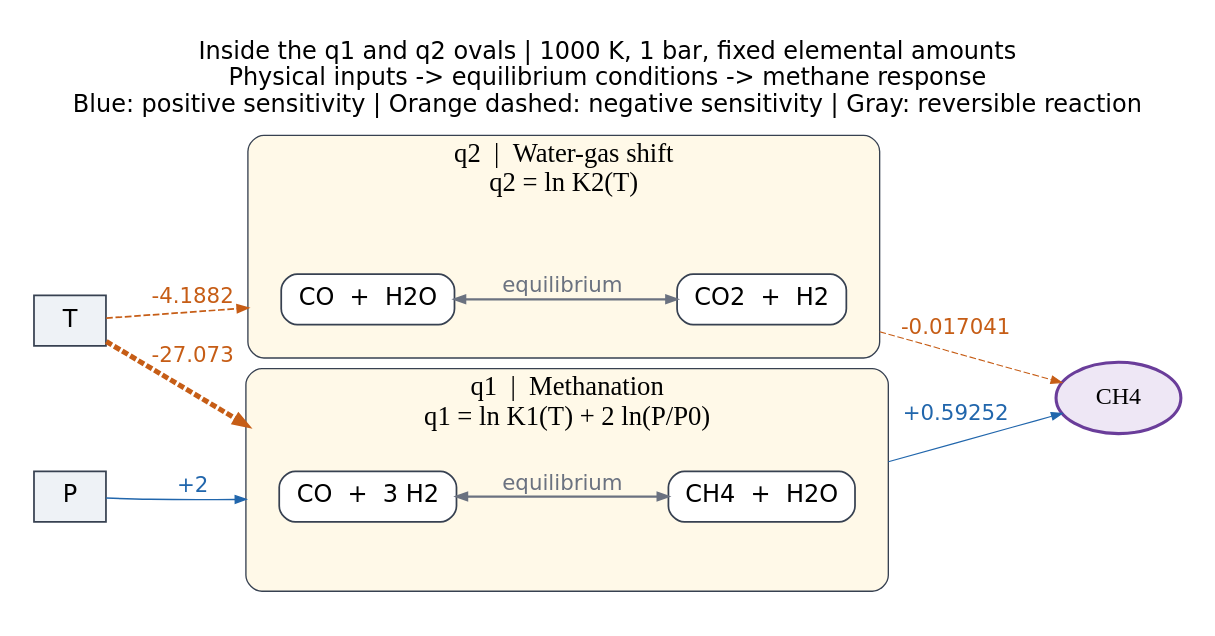
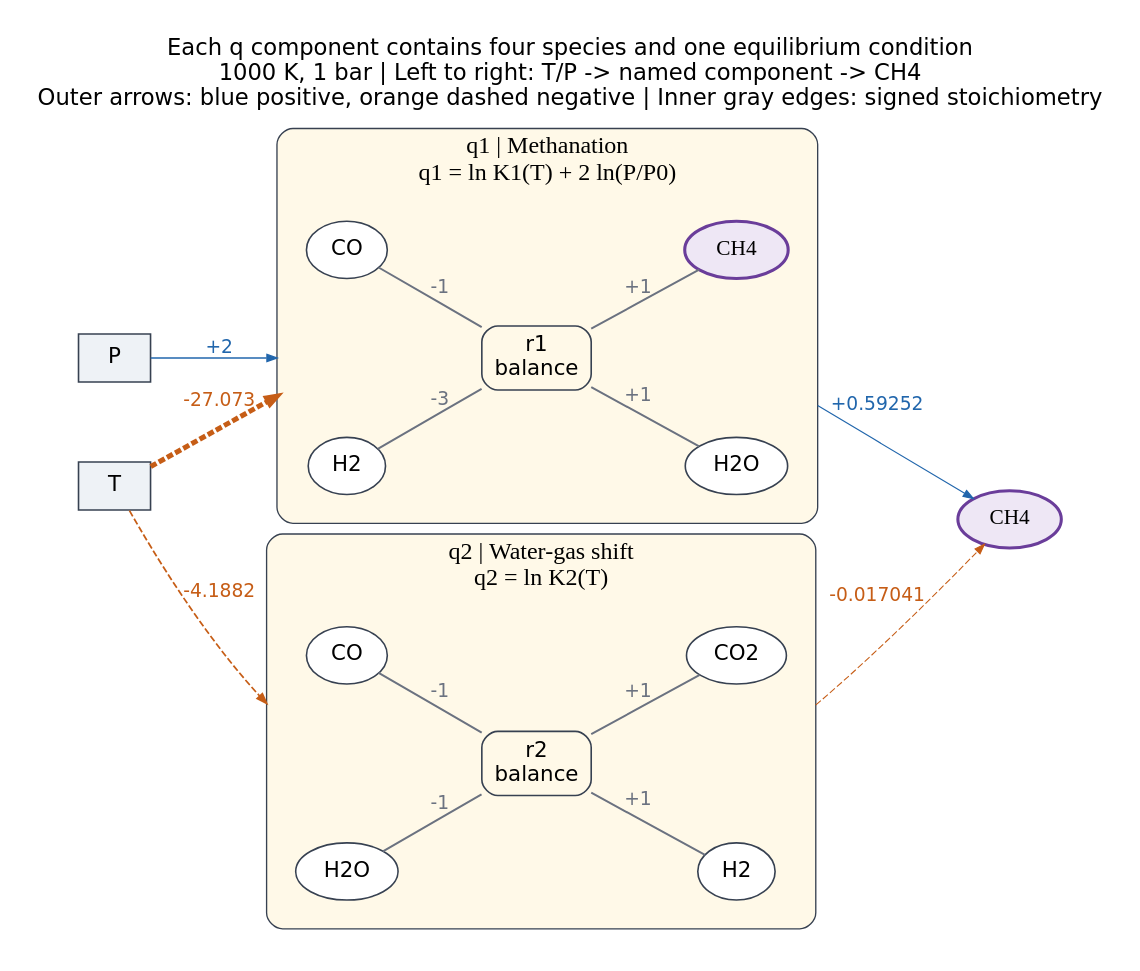
Before and after one commit to HajimeKawahara/exogibbs: the diagram in results/equilibrium_sensitivity/reaction_modules.dot, drawn with Graphviz. The commit also changed 7 other files, not shown here.

Commit message:
docs: visualize named reaction neighborhoods and their species

```diff
--- a/results/equilibrium_sensitivity/reaction_modules.dot
+++ b/results/equilibrium_sensitivity/reaction_modules.dot
@@ -1,36 +1,68 @@
-// PR illustration expanding the two intermediate nodes in methane_reduction.png.
-// Source: a782b40697084e48eb04dc7bc034ade7e33185ce, validation.json physical_controls, 1000 K.
-// This diagram is rendered directly from DOT; it is not an additional numerical-demo output.
+// Diagram-only artifact; numerical solver and example outputs are unchanged.
+// Numerical source: a782b40697084e48eb04dc7bc034ade7e33185ce, validation.json.
 // Reproduce: dot -Tpng -Gdpi=150 reaction_modules.dot -o reaction_modules.png
-digraph modules {
-graph [rankdir=LR, compound=true, newrank=true, bgcolor=white, nodesep=0.65, ranksep=0.9, pad=0.25,
-fontname="DejaVu Sans", fontsize=18, labelloc=t, label="Inside the q1 and q2 ovals | 1000 K, 1 bar, fixed elemental amounts\nPhysical inputs -> equilibrium conditions -> methane response\nBlue: positive sensitivity | Orange dashed: negative sensitivity | Gray: reversible reaction"];
-node [fontname="DejaVu Sans", fontsize=18, margin="0.16,0.12", style=filled, color="#374151", penwidth=1.3];
-edge [fontname="DejaVu Sans", fontsize=16, arrowsize=0.8];
+// Reaction neighborhoods are extracted with nx.ego_graph(G, reaction, radius=1).
+// Source: validation.json reaction_columns and physical_controls, 1000 K.
+// Gray edge labels are stoichiometric coefficients; colored outer edges are sensitivities.
+digraph reactions {
+graph [rankdir=LR, compound=true, newrank=true, bgcolor=white, nodesep=0.42, ranksep=0.65, pad=0.22,
+fontname="DejaVu Sans", fontsize=17, labelloc=t, label="Each q component contains four species and one equilibrium condition\n1000 K, 1 bar | Left to right: T/P -> named component -> CH4\nOuter arrows: blue positive, orange dashed negative | Inner gray edges: signed stoichiometry"];
+node [fontname="DejaVu Sans", fontsize=16, margin="0.13,0.08", style=filled, color="#374151", penwidth=1.2];
+edge [fontname="DejaVu Sans", fontsize=14, arrowsize=0.75];
 T [label="T", shape=box, fillcolor="#eef2f6"];
 P [label="P", shape=box, fillcolor="#eef2f6"];
-CH4 [label="CH4", shape=ellipse, fillcolor="#eee7f5", color="#6a3d9a", fontname="DejaVu Sans Bold", penwidth=2.3];
+CH4 [label="CH4", shape=ellipse, fillcolor="#eee7f5", color="#6a3d9a", penwidth=2.3, fontname="DejaVu Sans Bold"];
 {rank=same; T; P;}
-T -> P [style=invis, weight=100];
+P -> T [style=invis, weight=100];
 subgraph cluster_q1 {
-graph [label="q1  |  Methanation\nq1 = ln K1(T) + 2 ln(P/P0)", fontname="DejaVu Sans Bold", fontsize=20, color="#374151", style="rounded,filled", fillcolor="#fff9e8", margin=25];
-q1_lhs [label="CO  +  3 H2", shape=box, style="rounded,filled", fillcolor=white];
-q1_rhs [label="CH4  +  H2O", shape=box, style="rounded,filled", fillcolor=white];
-q1_lhs -> q1_rhs [dir=both, color="#6b7280", fontcolor="#6b7280", penwidth=1.6, label="equilibrium", minlen=1];
+graph [label="q1 | Methanation\nq1 = ln K1(T) + 2 ln(P/P0)", fontname="DejaVu Sans Bold", fontsize=18, color="#374151", style="rounded,filled", fillcolor="#fff9e8", margin=22];
+q1_balance [label="r1\nbalance", shape=box, style="rounded,filled", fillcolor="#fff9e8"];
+q1_H2 [label="H2", shape=ellipse, fillcolor="#ffffff"];
+q1_H2 -> q1_balance [dir=none, label="-3", color="#6b7280", fontcolor="#6b7280", penwidth=1.5];
+q1_H2O [label="H2O", shape=ellipse, fillcolor="#ffffff"];
+q1_balance -> q1_H2O [dir=none, label="+1", color="#6b7280", fontcolor="#6b7280", penwidth=1.5];
+q1_CO [label="CO", shape=ellipse, fillcolor="#ffffff"];
+q1_CO -> q1_balance [dir=none, label="-1", color="#6b7280", fontcolor="#6b7280", penwidth=1.5];
+q1_CH4 [label="CH4", shape=ellipse, fillcolor="#eee7f5", color="#6a3d9a", penwidth=2.3, fontname="DejaVu Sans Bold"];
+q1_balance -> q1_CH4 [dir=none, label="+1", color="#6b7280", fontcolor="#6b7280", penwidth=1.5];
+{rank=same; q1_H2; q1_CO;}
+{rank=same; q1_H2O; q1_CH4;}
+q1_in [label="", shape=point, style=invis, width=0.01, height=0.01];
+q1_out [label="", shape=point, style=invis, width=0.01, height=0.01];
+{rank=same; q1_H2; q1_in; q1_CO;}
+{rank=same; q1_H2O; q1_out; q1_CH4;}
+q1_in -> q1_balance -> q1_out [style=invis, weight=100];
+q1_H2 -> q1_in -> q1_CO [style=invis, weight=100];
+q1_H2O -> q1_out -> q1_CH4 [style=invis, weight=100];
 }
-T -> q1_lhs [lhead=cluster_q1, label="-27.073", color="#c65d16", fontcolor="#c65d16", style=dashed, penwidth=3.800];
-P -> q1_lhs [lhead=cluster_q1, label="+2", color="#2166ac", fontcolor="#2166ac", style=solid, penwidth=1.040];
-q1_rhs -> CH4 [ltail=cluster_q1, label="+0.59252", color="#2166ac", fontcolor="#2166ac", style=solid, penwidth=0.871];
+T -> q1_in [lhead=cluster_q1, label="-27.073", color="#c65d16", fontcolor="#c65d16", style=dashed, penwidth=3.800];
+P -> q1_in [lhead=cluster_q1, label="+2", color="#2166ac", fontcolor="#2166ac", style=solid, penwidth=1.040];
+q1_out -> CH4 [ltail=cluster_q1, label="+0.59252", color="#2166ac", fontcolor="#2166ac", style=solid, penwidth=0.871];
 subgraph cluster_q2 {
-graph [label="q2  |  Water-gas shift\nq2 = ln K2(T)", fontname="DejaVu Sans Bold", fontsize=20, color="#374151", style="rounded,filled", fillcolor="#fff9e8", margin=25];
-q2_lhs [label="CO  +  H2O", shape=box, style="rounded,filled", fillcolor=white];
-q2_rhs [label="CO2  +  H2", shape=box, style="rounded,filled", fillcolor=white];
-q2_lhs -> q2_rhs [dir=both, color="#6b7280", fontcolor="#6b7280", penwidth=1.6, label="equilibrium", minlen=1];
+graph [label="q2 | Water-gas shift\nq2 = ln K2(T)", fontname="DejaVu Sans Bold", fontsize=18, color="#374151", style="rounded,filled", fillcolor="#fff9e8", margin=22];
+q2_balance [label="r2\nbalance", shape=box, style="rounded,filled", fillcolor="#fff9e8"];
+q2_H2 [label="H2", shape=ellipse, fillcolor="#ffffff"];
+q2_balance -> q2_H2 [dir=none, label="+1", color="#6b7280", fontcolor="#6b7280", penwidth=1.5];
+q2_H2O [label="H2O", shape=ellipse, fillcolor="#ffffff"];
+q2_H2O -> q2_balance [dir=none, label="-1", color="#6b7280", fontcolor="#6b7280", penwidth=1.5];
+q2_CO [label="CO", shape=ellipse, fillcolor="#ffffff"];
+q2_CO -> q2_balance [dir=none, label="-1", color="#6b7280", fontcolor="#6b7280", penwidth=1.5];
+q2_CO2 [label="CO2", shape=ellipse, fillcolor="#ffffff"];
+q2_balance -> q2_CO2 [dir=none, label="+1", color="#6b7280", fontcolor="#6b7280", penwidth=1.5];
+{rank=same; q2_H2O; q2_CO;}
+{rank=same; q2_H2; q2_CO2;}
+q2_in [label="", shape=point, style=invis, width=0.01, height=0.01];
+q2_out [label="", shape=point, style=invis, width=0.01, height=0.01];
+{rank=same; q2_H2O; q2_in; q2_CO;}
+{rank=same; q2_H2; q2_out; q2_CO2;}
+q2_in -> q2_balance -> q2_out [style=invis, weight=100];
+q2_H2O -> q2_in -> q2_CO [style=invis, weight=100];
+q2_H2 -> q2_out -> q2_CO2 [style=invis, weight=100];
 }
-T -> q2_lhs [lhead=cluster_q2, label="-4.1882", color="#c65d16", fontcolor="#c65d16", style=dashed, penwidth=1.303];
-q2_rhs -> CH4 [ltail=cluster_q2, label="-0.017041", color="#c65d16", fontcolor="#c65d16", style=dashed, penwidth=0.802];
-{rank=same; q1_lhs; q2_lhs;}
-{rank=same; q1_rhs; q2_rhs;}
-q2_lhs -> q1_lhs [style=invis, weight=100];
-q2_rhs -> q1_rhs [style=invis, weight=100];
+T -> q2_in [lhead=cluster_q2, label="-4.1882", color="#c65d16", fontcolor="#c65d16", style=dashed, penwidth=1.303];
+q2_out -> CH4 [ltail=cluster_q2, label="-0.017041", color="#c65d16", fontcolor="#c65d16", style=dashed, penwidth=0.802];
+{rank=same; q1_H2; q1_CO; q1_in; q2_H2O; q2_CO; q2_in;}
+{rank=same; q1_balance; q2_balance;}
+{rank=same; q1_H2O; q1_CH4; q1_out; q2_H2; q2_CO2; q2_out;}
+q1_balance -> q2_balance [style=invis, weight=100];
 }
```
